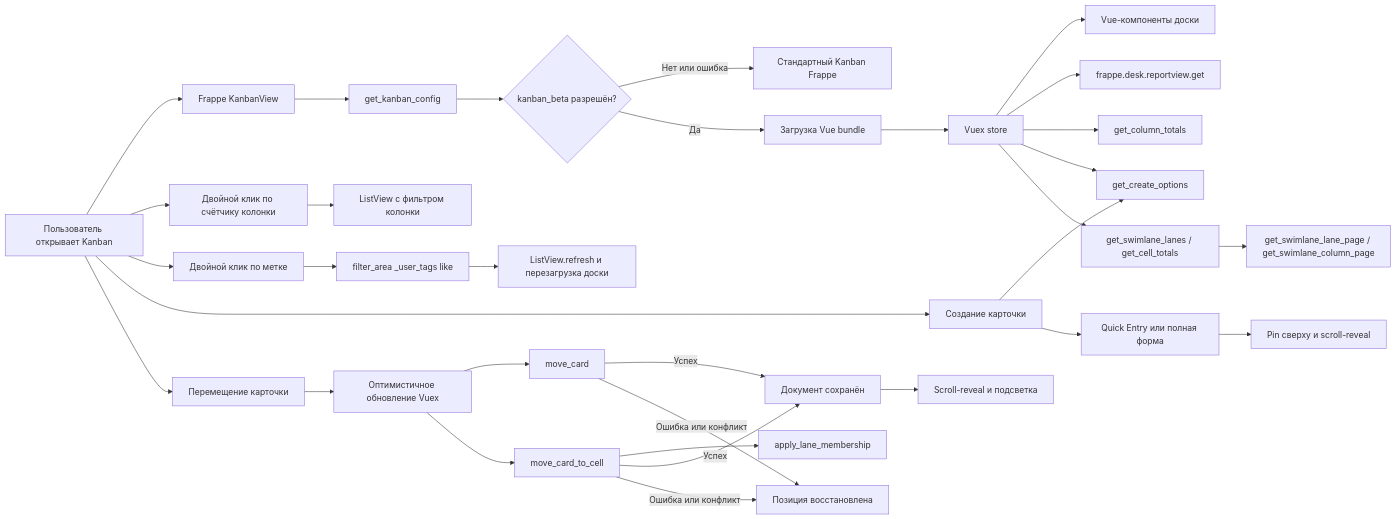
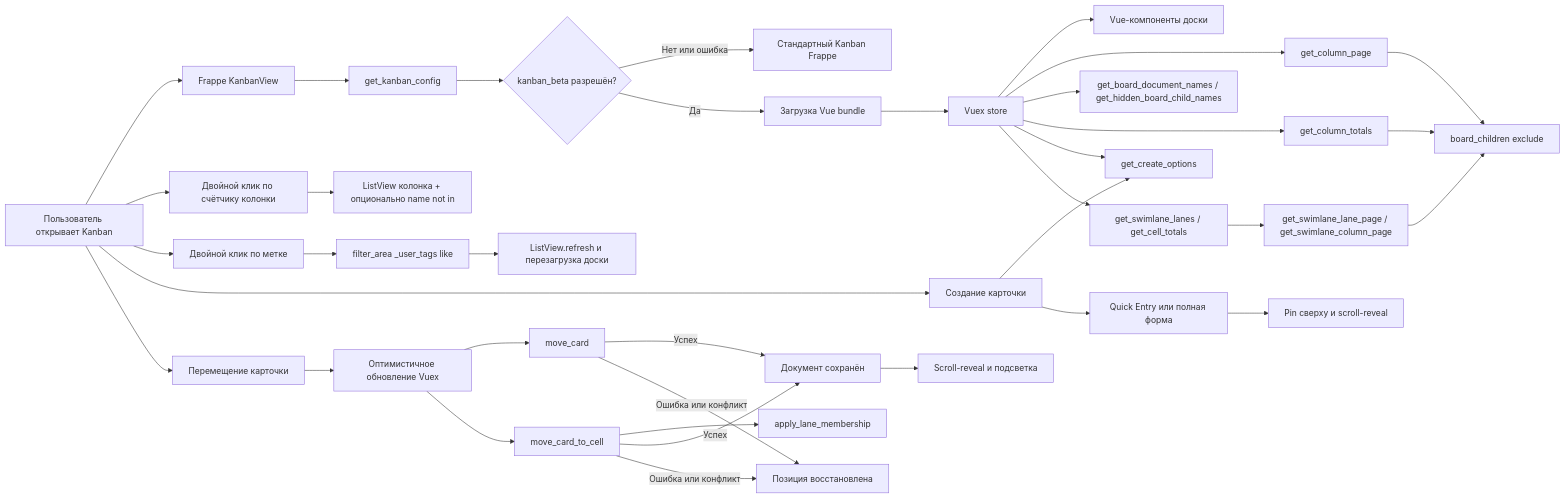
The diagram in README.md (Dinext-pro/dinext_kanban), drawn with Mermaid before and after one commit. The commit also changed other lines of this file and 23 other files, not shown here.

Commit message:
feat: add Show Child Tasks functionality to Kanban board; implement preference management for child task visibility, enhance UI controls, and update related tests for improved task management experience

````diff
--- a/README.md
+++ b/README.md
@@ -549,34 +580,38 @@
 ```mermaid
 flowchart LR
     User[Пользователь открывает Kanban] --> Native[Frappe KanbanView]
     Native --> Config[get_kanban_config]
     Config --> Decision{kanban_beta разрешён?}
     Decision -->|Нет или ошибка| Standard[Стандартный Kanban Frappe]
     Decision -->|Да| Bundle[Загрузка Vue bundle]
     Bundle --> Store[Vuex store]
     Store --> Board[Vue-компоненты доски]
-    Store --> ListAPI[frappe.desk.reportview.get]
+    Store --> ColumnPage[get_column_page]
+    Store --> BoardNames[get_board_document_names / get_hidden_board_child_names]
     Store --> Totals[get_column_totals]
     Store --> CreateOpts[get_create_options]
     Store --> SwimLanes[get_swimlane_lanes / get_cell_totals]
     SwimLanes --> CellPage[get_swimlane_lane_page / get_swimlane_column_page]
+    ColumnPage --> BoardChildren[board_children exclude]
+    CellPage --> BoardChildren
+    Totals --> BoardChildren
     User --> ListNav[Двойной клик по счётчику колонки]
-    ListNav --> ListView[ListView с фильтром колонки]
+    ListNav --> ListView[ListView колонка + опционально name not in]
     User --> TagFilter[Двойной клик по метке]
     TagFilter --> FilterArea[filter_area _user_tags like]
     FilterArea --> Refresh[ListView.refresh и перезагрузка доски]
     User --> Create[Создание карточки]
     Create --> CreateOpts
     Create --> FormUI[Quick Entry или полная форма]
     FormUI --> RevealCreate[Pin сверху и scroll-reveal]
     User --> Move[Перемещение карточки]
     Move --> Optimistic[Оптимистичное обновление Vuex]
     Optimistic --> MoveAPI[move_card]
     Optimistic --> CellAPI[move_card_to_cell]
     CellAPI --> LaneMem[apply_lane_membership]
     MoveAPI -->|Успех| Saved[Документ сохранён]
     CellAPI -->|Успех| Saved
     MoveAPI -->|Ошибка или конфликт| Rollback[Позиция восстановлена]
     CellAPI -->|Ошибка или конфликт| Rollback
     Saved --> RevealMove[Scroll-reveal и подсветка]
 ```
````
